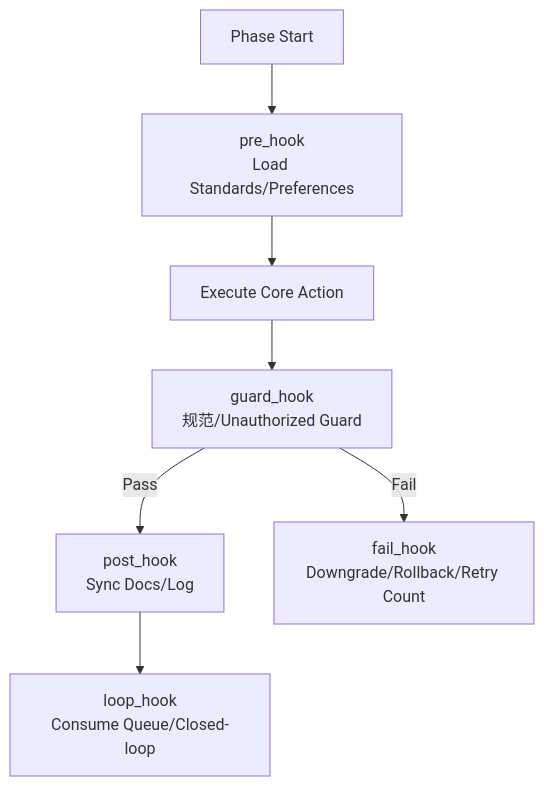
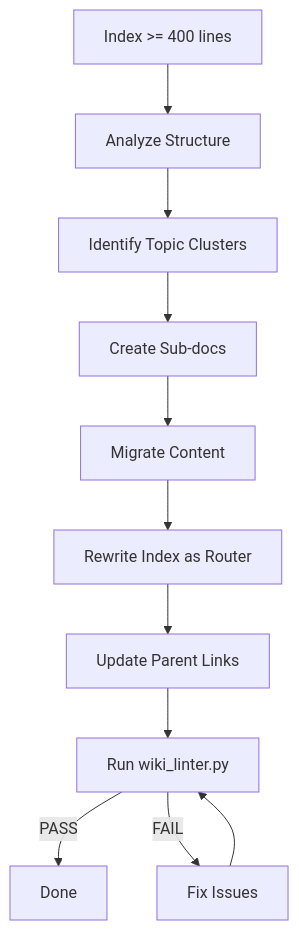
The tenth of 11 diagrams in ENGINEERING_MANUAL.md (listener-He/java-harness-agent), drawn with Mermaid before and after one commit. The commit also changed other lines of this file and 28 other files, not shown here.

````diff
--- a/ENGINEERING_MANUAL.md
+++ b/ENGINEERING_MANUAL.md
@@ -559,9 +1121,13 @@
 ```mermaid
 flowchart TB
-  P[Phase Start] --> Pre[pre_hook\nLoad Standards/Preferences]
-  Pre --> Exec[Execute Core Action]
-  Exec --> Guard[guard_hook\n规范/Unauthorized Guard]
-  Guard -->|Pass| Post[post_hook\nSync Docs/Log]
-  Guard -->|Fail| Fail[fail_hook\nDowngrade/Rollback/Retry Count]
-  Post --> Loop[loop_hook\nConsume Queue/Closed-loop]
+  Start[Index >= 400 lines] --> Analyze[Analyze Structure]
+  Analyze --> Cluster[Identify Topic Clusters]
+  Cluster --> CreateSubDocs[Create Sub-docs]
+  CreateSubDocs --> Migrate[Migrate Content]
+  Migrate --> RewriteIndex[Rewrite Index as Router]
+  RewriteIndex --> UpdateLinks[Update Parent Links]
+  UpdateLinks --> Lint[Run wiki_linter.py]
+  Lint -->|PASS| Done[Done]
+  Lint -->|FAIL| Fix[Fix Issues]
+  Fix --> Lint
 ```
````
